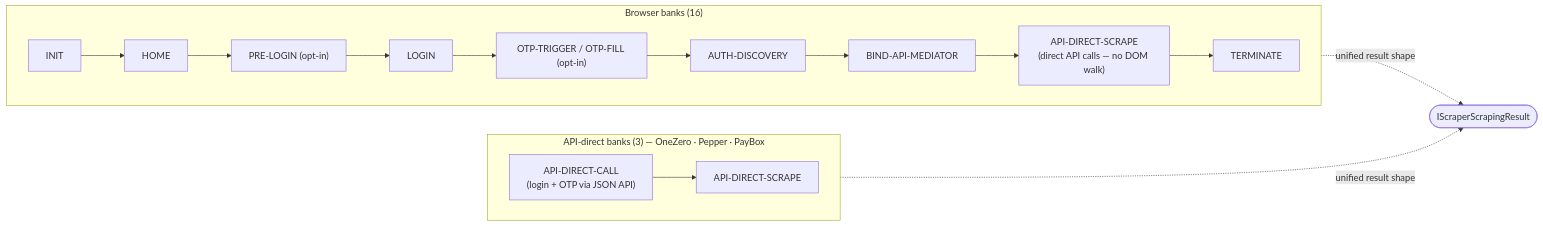
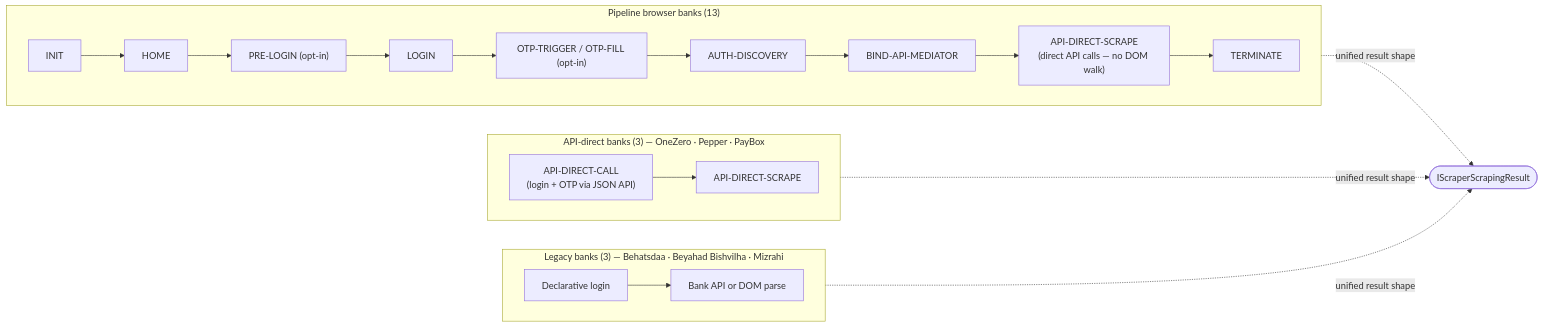
The diagram in README.md (sergienko4/israeli-bank-scrapers), drawn with Mermaid before and after one commit. The commit also changed other lines of this file and 4 other files, not shown here.

First line of the commit message:
docs: correct redaction and architecture claims

````diff
--- a/README.md
+++ b/README.md
@@ -274,21 +277,27 @@
 ```mermaid
 flowchart LR
-    subgraph BB["Browser banks (16)"]
+    subgraph BB["Pipeline browser banks (13)"]
       direction LR
       INIT --> HOME --> PRELOGIN["PRE-LOGIN (opt-in)"]
       PRELOGIN --> LOGIN
       LOGIN --> OTP["OTP-TRIGGER / OTP-FILL (opt-in)"]
       OTP --> AUTH["AUTH-DISCOVERY"]
       AUTH --> BIND["BIND-API-MEDIATOR"]
       BIND --> SCRAPE["API-DIRECT-SCRAPE<br/>(direct API calls — no DOM walk)"]
       SCRAPE --> TERM["TERMINATE"]
     end
 
     subgraph API["API-direct banks (3) — OneZero · Pepper · PayBox"]
       direction LR
       CALL["API-DIRECT-CALL<br/>(login + OTP via JSON API)"] --> SCR["API-DIRECT-SCRAPE"]
     end
 
+    subgraph LEG["Legacy banks (3) — Behatsdaa · Beyahad Bishvilha · Mizrahi"]
+      direction LR
+      LLOGIN["Declarative login"] --> LFETCH["Bank API or DOM parse"]
+    end
+
     BB -.->|"unified result shape"| RESULT(["IScraperScrapingResult"])
     API -.->|"unified result shape"| RESULT
+    LEG -.->|"unified result shape"| RESULT
 ```
````
